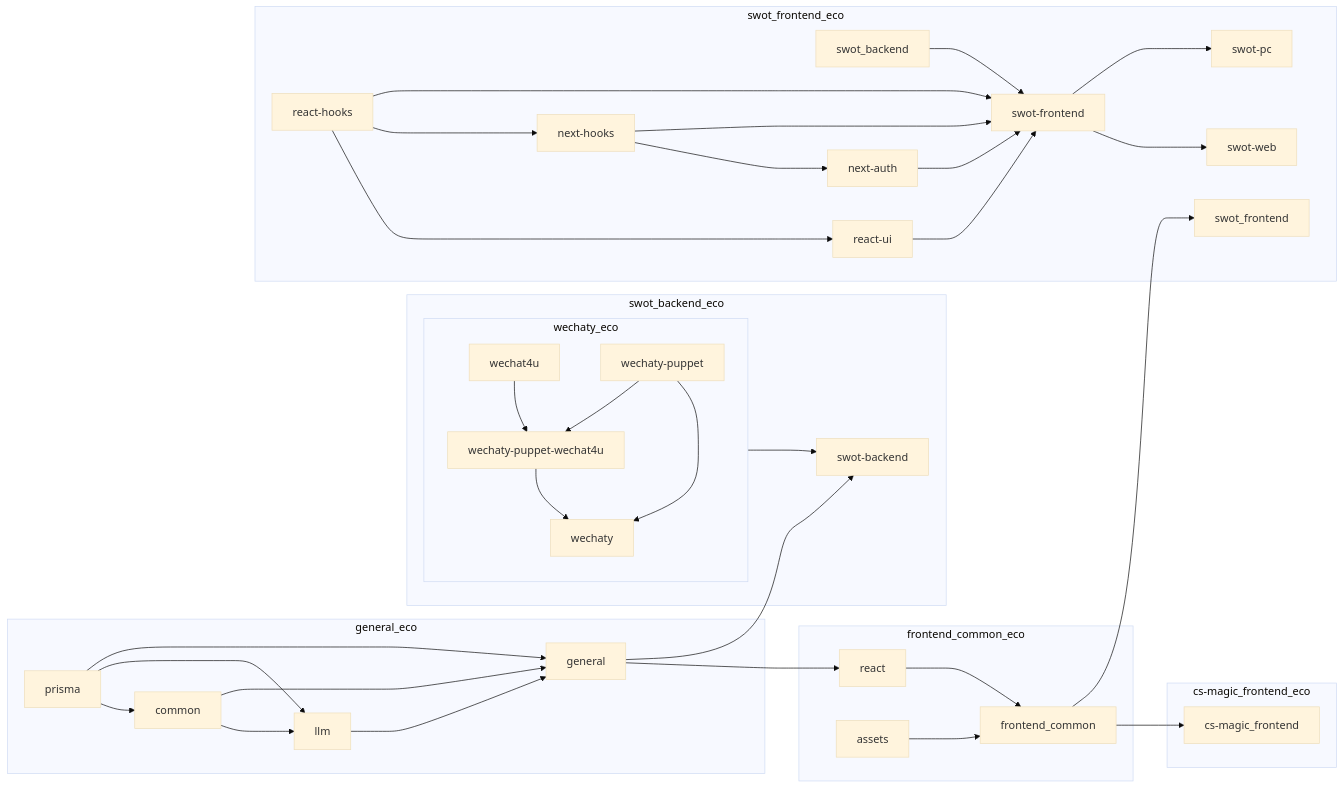
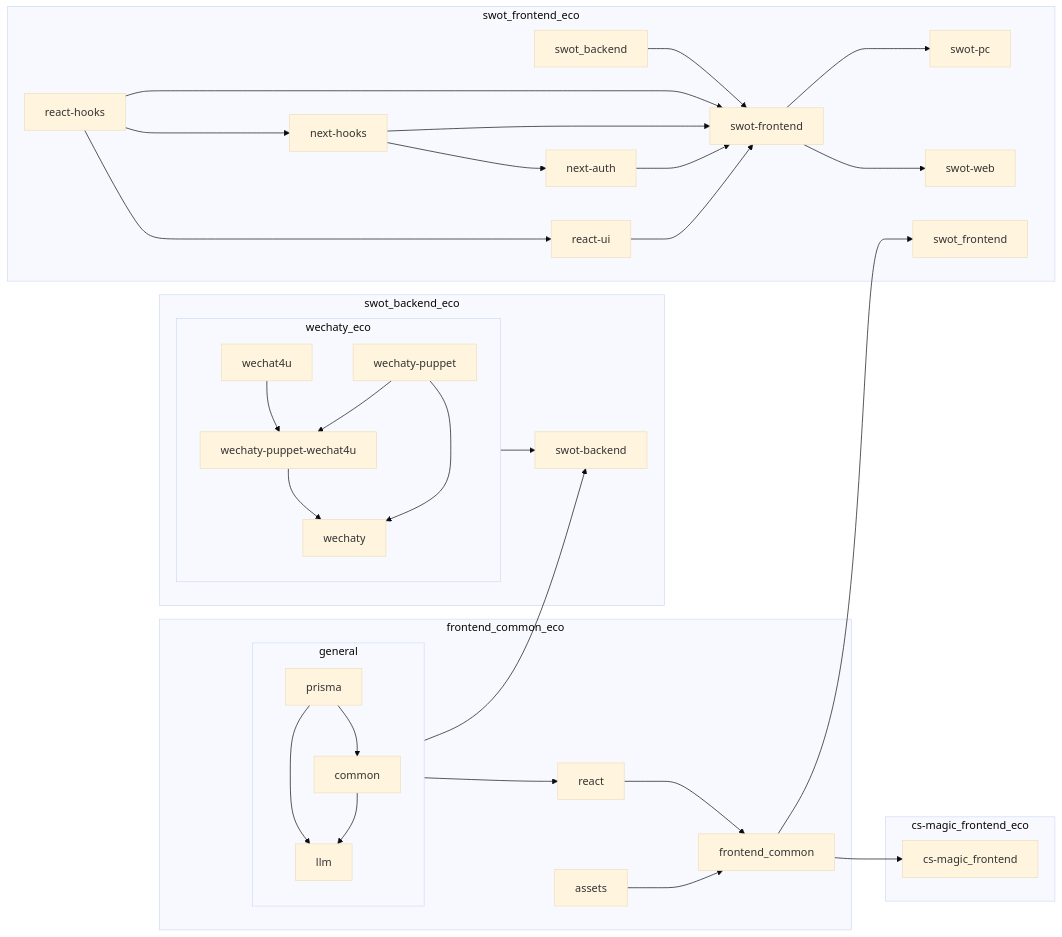
One commit to cs-magic/codebase-ts changed the diagram in README.md. Above: the diagram before and after it, drawn with Mermaid (base theme). The commit also changed 1 other file, not shown here.

````diff
--- a/README.md
+++ b/README.md
@@ -9,39 +9,38 @@
 ```mermaid
 graph LR;
-    subgraph general_eco
-        prisma --> common & llm & general;
-        common --> llm & general;
-        llm --> general;
+    subgraph general
+        prisma --> common & llm;
+        common --> llm;
     end
     
     subgraph wechaty_eco
         wechat4u --> wechaty-puppet-wechat4u;
         wechaty-puppet --> wechaty-puppet-wechat4u & wechaty;
         wechaty-puppet-wechat4u --> wechaty;
     end
     
     subgraph frontend_common_eco
         general --> react;
         react --> frontend_common;
         assets --> frontend_common;
     end
     
     subgraph cs-magic_frontend_eco
         frontend_common --> cs-magic_frontend;
     end
     
     subgraph swot_backend_eco
         general --> swot-backend;
         wechaty_eco --> swot-backend;
     end
     
     subgraph swot_frontend_eco
         frontend_common --> swot_frontend;
         swot_backend --> swot-frontend;
         react-hooks --> react-ui & next-hooks & swot-frontend;
         react-ui --> swot-frontend;
         next-hooks --> next-auth & swot-frontend;
         next-auth --> swot-frontend;
         swot-frontend --> swot-web & swot-pc;
     end
 ```
````
